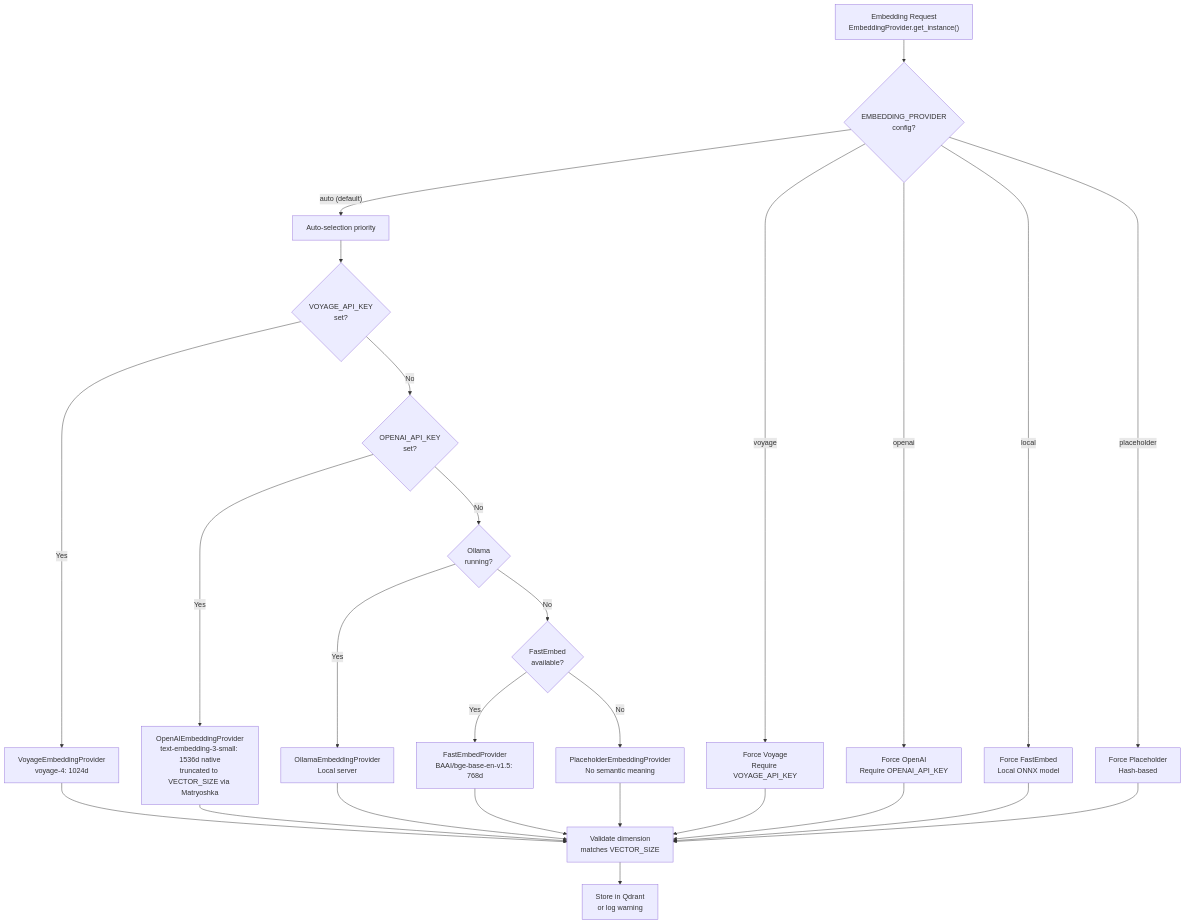
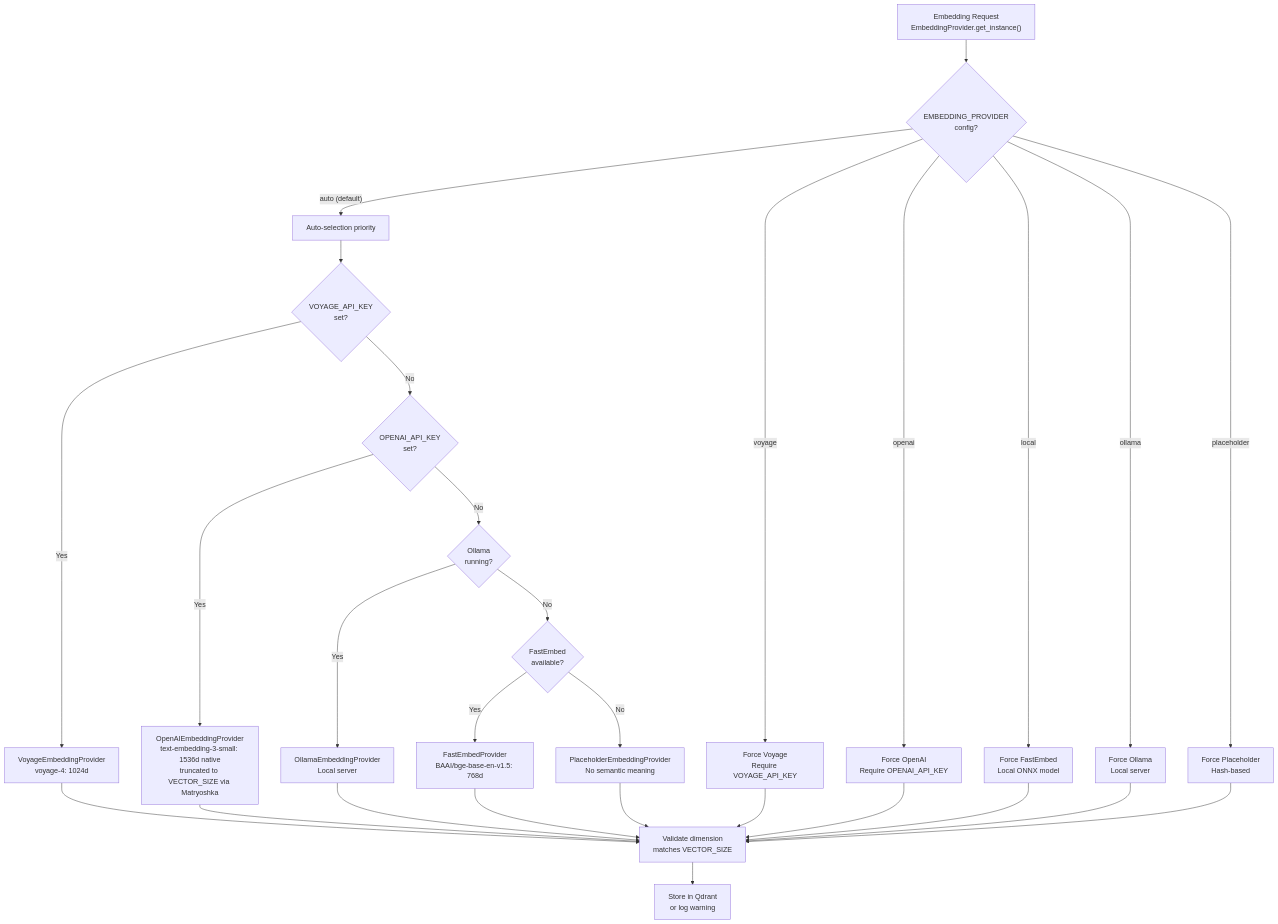
One commit to verygoodplugins/automem-website changed the first of 2 diagrams in src/content/docs/docs/architecture/embeddings.md. Above: the diagram before and after it, drawn with Mermaid. The commit also changed other lines of this file and 2 other files, not shown here.

Commit message:
fix: address CodeRabbit review comments across docs
- embeddings.md: add missing EMBEDDING_PROVIDER=ollama branch to
  flowchart and ForceOllama→Validate edge
- embeddings.md: update dimension flexibility bullet to include 384d
  (FastEmbed), Ollama (variable), and Placeholder (configurable)
- overview.md: replace stale app.py and consolidation.py references
  with automem/* module paths in all diagrams and degradation table
- memory-operations.md: normalize "POST (batch)" to "POST" in
  endpoints table and standardize path params to :id syntax

````diff
--- a/src/content/docs/docs/architecture/embeddings.md
+++ b/src/content/docs/docs/architecture/embeddings.md
@@ -49,38 +49,40 @@
 ```mermaid
 flowchart TD
     Request["Embedding Request<br/>EmbeddingProvider.get_instance()"]
 
     Request --> CheckConfig{"EMBEDDING_PROVIDER<br/>config?"}
 
     CheckConfig -->|"auto (default)"| Priority["Auto-selection priority"]
     CheckConfig -->|"voyage"| ForceVoyage["Force Voyage<br/>Require VOYAGE_API_KEY"]
     CheckConfig -->|"openai"| ForceOpenAI["Force OpenAI<br/>Require OPENAI_API_KEY"]
     CheckConfig -->|"local"| ForceLocal["Force FastEmbed<br/>Local ONNX model"]
+    CheckConfig -->|"ollama"| ForceOllama["Force Ollama<br/>Local server"]
     CheckConfig -->|"placeholder"| ForcePlaceholder["Force Placeholder<br/>Hash-based"]
 
     Priority --> Try1{"VOYAGE_API_KEY<br/>set?"}
     Try1 -->|Yes| Voyage["VoyageEmbeddingProvider<br/>voyage-4: 1024d"]
     Try1 -->|No| Try2{"OPENAI_API_KEY<br/>set?"}
 
     Try2 -->|Yes| OpenAI["OpenAIEmbeddingProvider<br/>text-embedding-3-small: 1536d native<br/>truncated to VECTOR_SIZE via Matryoshka"]
     Try2 -->|No| Try3{"Ollama<br/>running?"}
 
     Try3 -->|Yes| Ollama["OllamaEmbeddingProvider<br/>Local server"]
     Try3 -->|No| Try4{"FastEmbed<br/>available?"}
 
     Try4 -->|Yes| FastEmbed["FastEmbedProvider<br/>BAAI/bge-base-en-v1.5: 768d"]
     Try4 -->|No| Placeholder["PlaceholderEmbeddingProvider<br/>No semantic meaning"]
 
     Voyage --> Validate["Validate dimension<br/>matches VECTOR_SIZE"]
     OpenAI --> Validate
     Ollama --> Validate
     FastEmbed --> Validate
     Placeholder --> Validate
 
     ForceVoyage --> Validate
     ForceOpenAI --> Validate
     ForceLocal --> Validate
+    ForceOllama --> Validate
     ForcePlaceholder --> Validate
 
     Validate --> Store["Store in Qdrant<br/>or log warning"]
 ```
````
